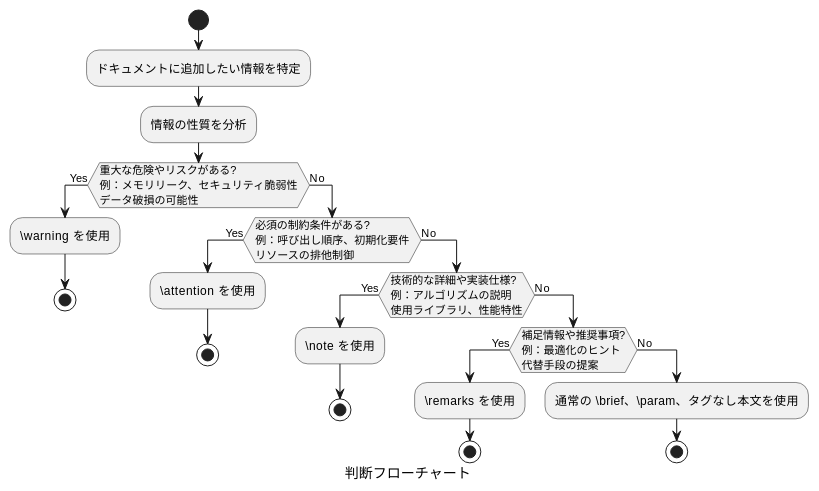
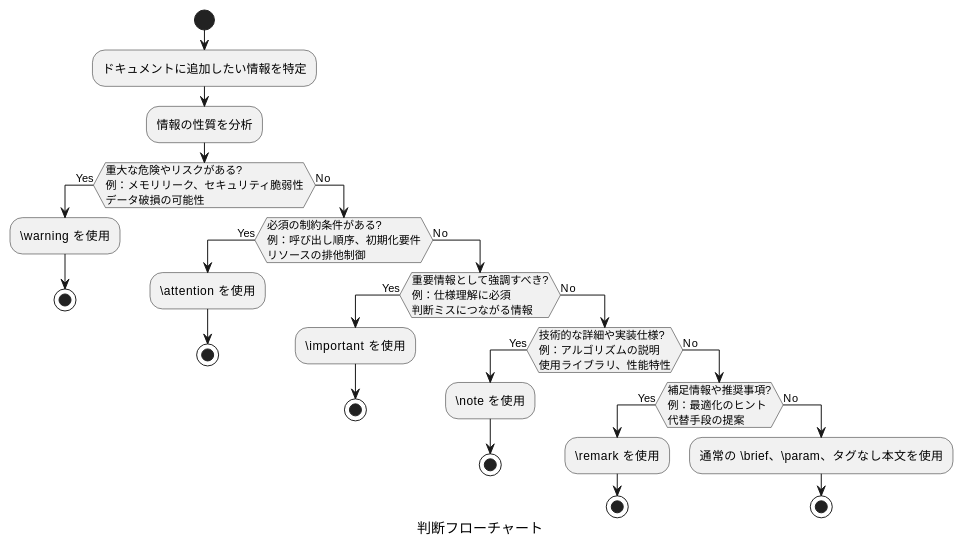
Before and after one commit to Hondarer/doxygen-framework: the diagram in docs/commands.md, drawn with PlantUML. The commit also changed other lines of this file and 6 other files, not shown here.

````diff
--- a/docs/commands.md
+++ b/docs/commands.md
@@ -803,32 +850,37 @@
 ```plantuml
 @startuml 判断フローチャート
 caption 判断フローチャート
 start
 :ドキュメントに追加したい情報を特定;
 
 :情報の性質を分析;
 
 if (重大な危険やリスクがある?\n例：メモリリーク、セキュリティ脆弱性\nデータ破損の可能性) then (Yes)
   :\\warning を使用;
   stop
 else (No)
   if (必須の制約条件がある?\n例：呼び出し順序、初期化要件\nリソースの排他制御) then (Yes)
     :\\attention を使用;
     stop
   else (No)
-    if (技術的な詳細や実装仕様?\n例：アルゴリズムの説明\n使用ライブラリ、性能特性) then (Yes)
-      :\\note を使用;
+    if (重要情報として強調すべき?\n例：仕様理解に必須\n判断ミスにつながる情報) then (Yes)
+      :\\important を使用;
       stop
     else (No)
-      if (補足情報や推奨事項?\n例：最適化のヒント\n代替手段の提案) then (Yes)
-        :\\remarks を使用;
+      if (技術的な詳細や実装仕様?\n例：アルゴリズムの説明\n使用ライブラリ、性能特性) then (Yes)
+        :\\note を使用;
         stop
       else (No)
-        :通常の \\brief、\\param、タグなし本文を使用;
-        stop
+        if (補足情報や推奨事項?\n例：最適化のヒント\n代替手段の提案) then (Yes)
+          :\\remark を使用;
+          stop
+        else (No)
+          :通常の \\brief、\\param、タグなし本文を使用;
+          stop
+        endif
       endif
     endif
   endif
 endif
 @enduml
 ```
````
